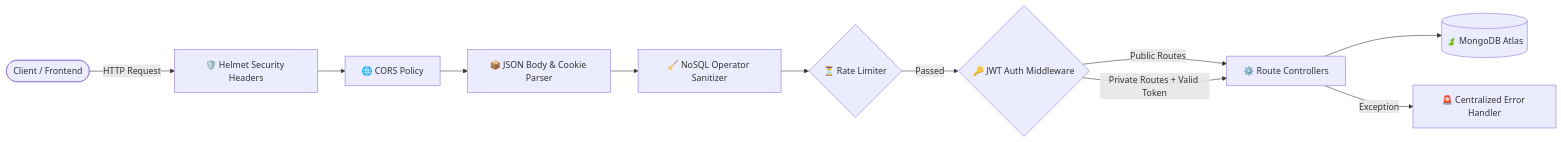
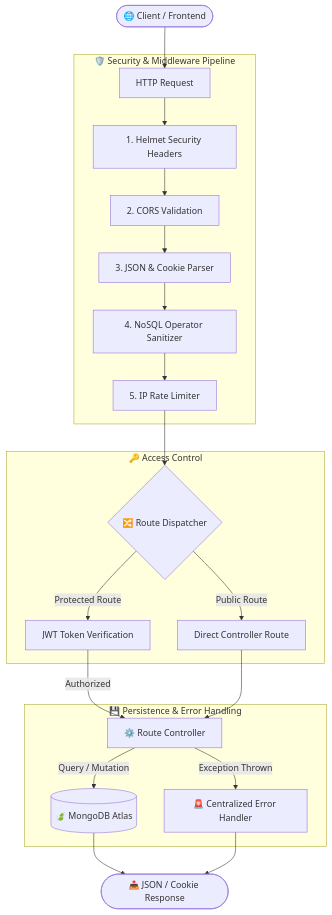
The diagram in README.md (Swadesh-c0de/contacts-management-system-backend), drawn with Mermaid before and after one commit.

Commit message:
updated: README

````diff
--- a/README.md
+++ b/README.md
@@ -28,13 +28,30 @@
 ```mermaid
-flowchart LR
-    Client([Client / Frontend]) -->|HTTP Request| Helmet[🛡️ Helmet Security Headers]
-    Helmet --> CORS[🌐 CORS Policy]
-    CORS --> Parser[📦 JSON Body & Cookie Parser]
-    Parser --> Sanitize[🧹 NoSQL Operator Sanitizer]
-    Sanitize --> Limiter{⏳ Rate Limiter}
-    Limiter -->|Passed| AuthCheck{🔑 JWT Auth Middleware}
-    AuthCheck -->|Public Routes| Controllers[⚙️ Route Controllers]
-    AuthCheck -->|Private Routes + Valid Token| Controllers
-    Controllers --> Mongoose[(🍃 MongoDB Atlas)]
-    Controllers -->|Exception| ErrorHandler[🚨 Centralized Error Handler]
+flowchart TD
+    Client(["🌐 Client / Frontend"]) --> HTTP["HTTP Request"]
+
+    subgraph Security ["🛡️ Security & Middleware Pipeline"]
+        HTTP --> Helmet["1. Helmet Security Headers"]
+        Helmet --> CORS["2. CORS Validation"]
+        CORS --> Parser["3. JSON & Cookie Parser"]
+        Parser --> Sanitize["4. NoSQL Operator Sanitizer"]
+        Sanitize --> RateLimit["5. IP Rate Limiter"]
+    end
+
+    RateLimit --> Router{"🔀 Route Dispatcher"}
+
+    subgraph Auth ["🔑 Access Control"]
+        Router -->|"Protected Route"| ValidateJWT["JWT Token Verification"]
+        Router -->|"Public Route"| PublicHandler["Direct Controller Route"]
+    end
+
+    ValidateJWT -->|"Authorized"| Controller["⚙️ Route Controller"]
+    PublicHandler --> Controller
+
+    subgraph Storage ["💾 Persistence & Error Handling"]
+        Controller -->|"Query / Mutation"| DB[("🍃 MongoDB Atlas")]
+        Controller -->|"Exception Thrown"| Handler["🚨 Centralized Error Handler"]
+    end
+
+    DB --> Response(["📤 JSON / Cookie Response"])
+    Handler --> Response
 ```
````
